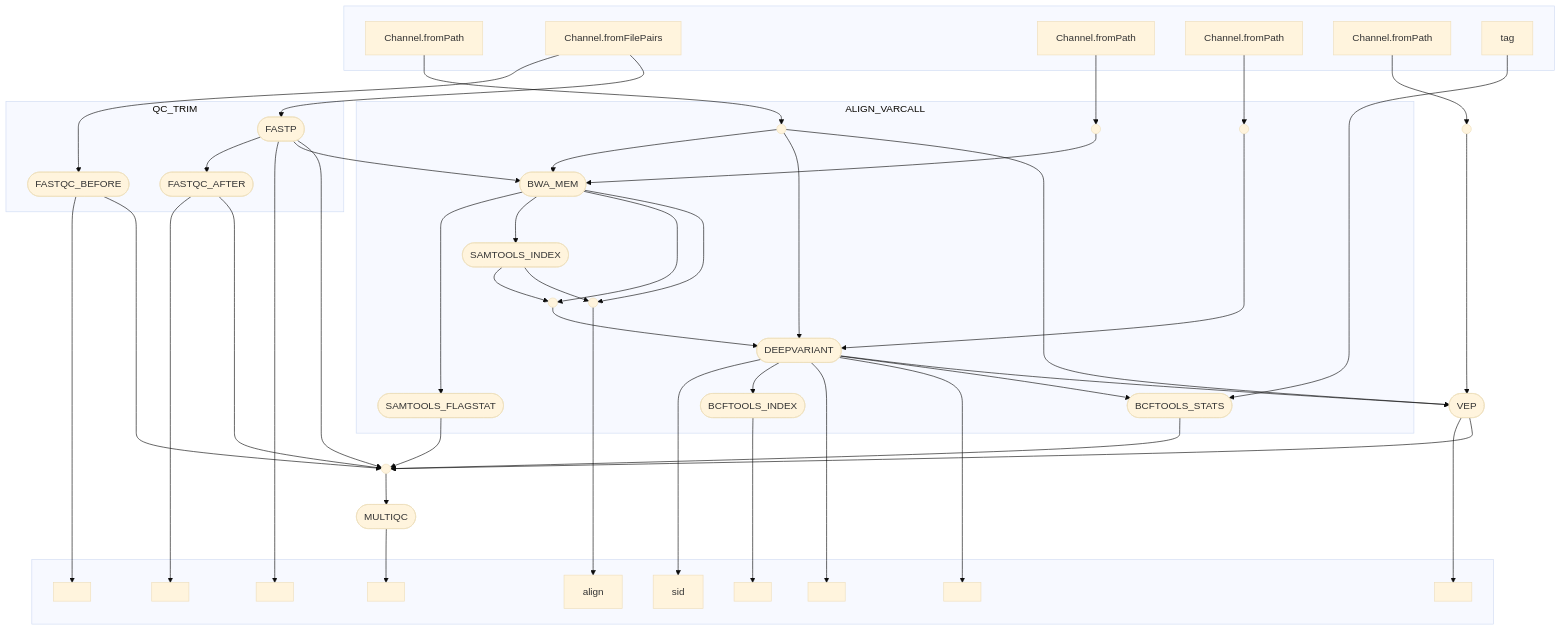
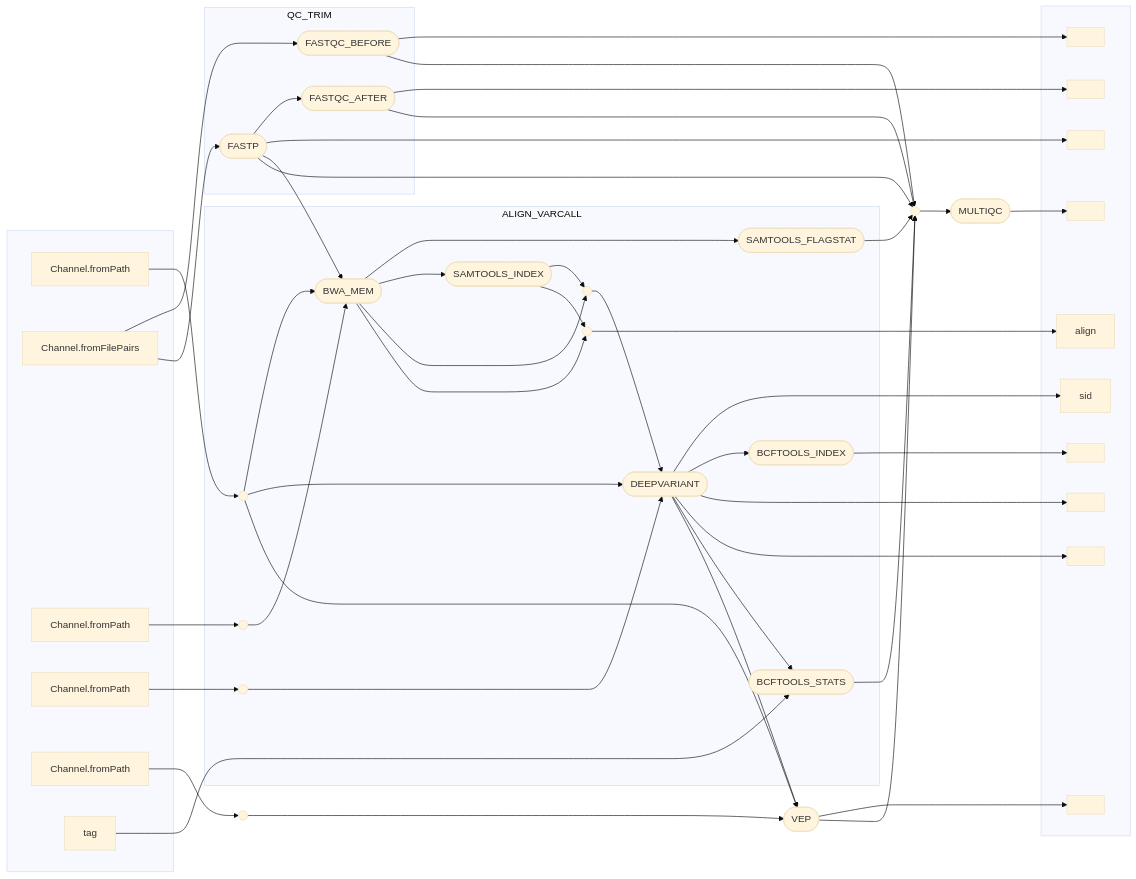
The diagram in README.md (glebus-sasha/varcallannotate), drawn with Mermaid before and after one commit.

````diff
--- a/README.md
+++ b/README.md
@@ -14,6 +14,6 @@
 ```mermaid
 %%{init: {'theme':'base'}}%%
-flowchart TB
+flowchart LR
     subgraph " "
     v0["Channel.fromPath"]
     v2["Channel.fromFilePairs"]
````
